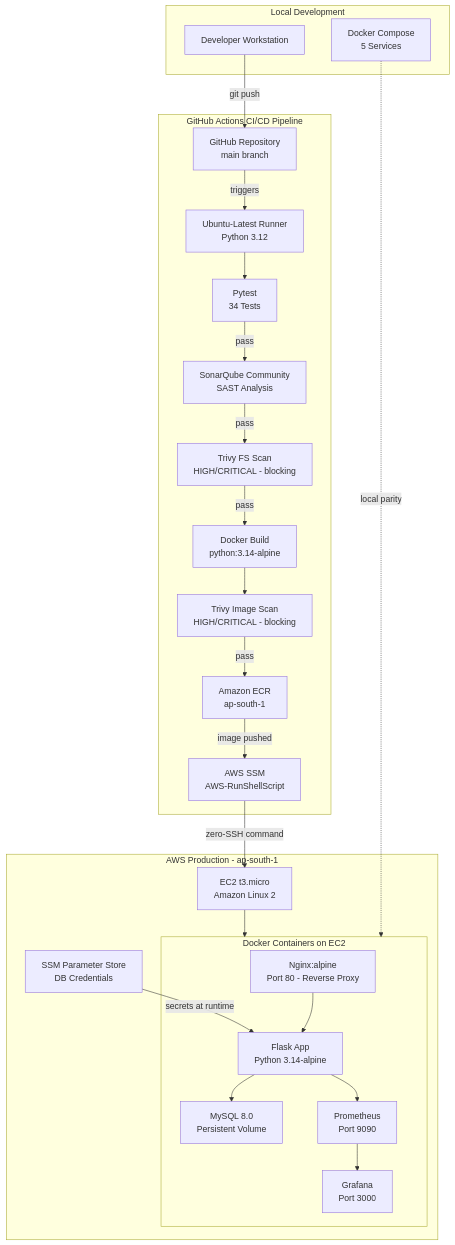
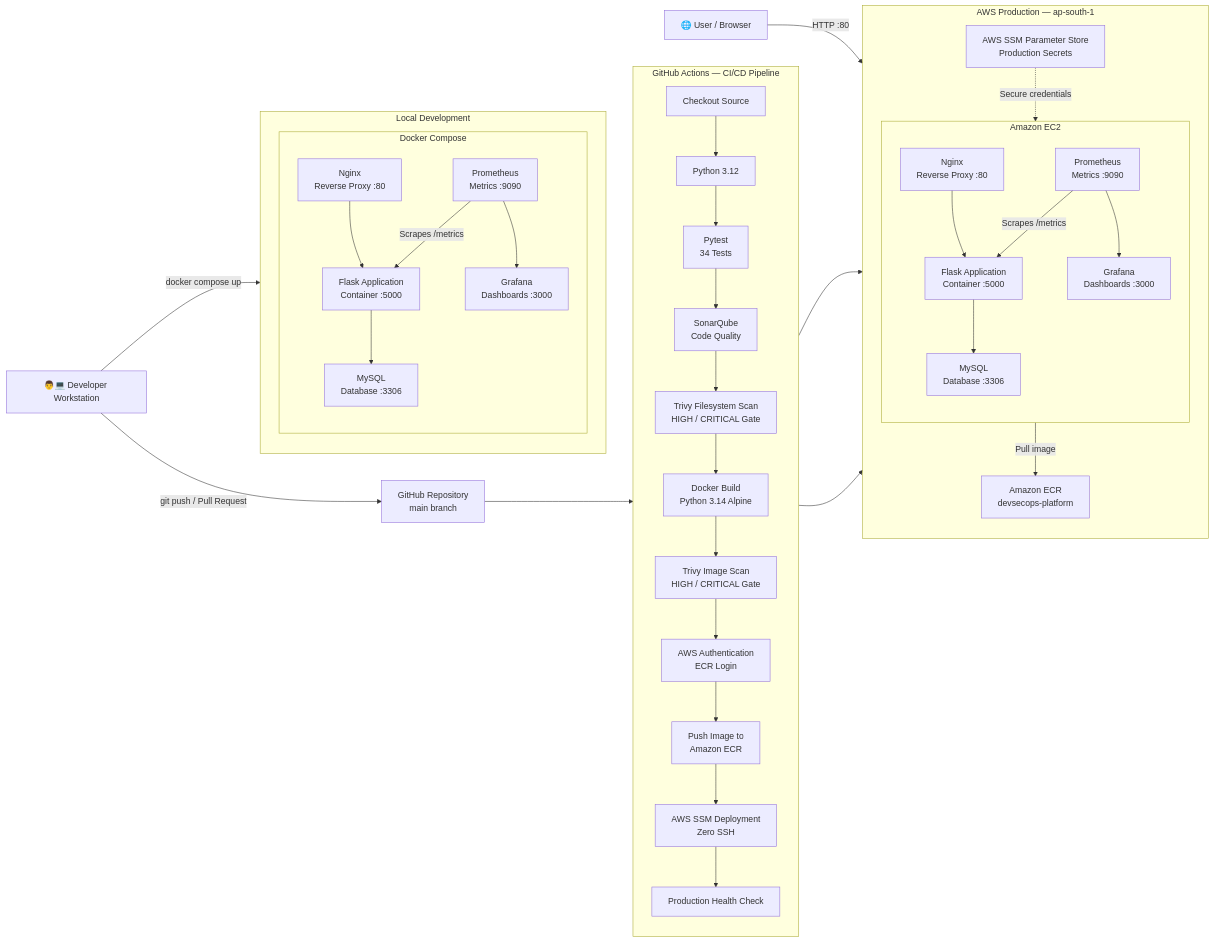
One commit to mohdshahid7033/cloud-devsecops-platform changed the first of 2 diagrams in README.md. Above: the diagram before and after it, drawn with Mermaid. The commit also changed 1 other file, not shown here.

Commit message:
Improve architecture documentation and gitignore

````diff
--- a/README.md
+++ b/README.md
@@ -55,49 +55,89 @@
 ```mermaid
-graph TB
-    subgraph DEV["Local Development"]
-        CODE[Developer Workstation]
-        DC[Docker Compose<br/>5 Services]
+flowchart LR
+
+    DEV["👨💻 Developer Workstation"]
+
+    subgraph LOCAL["Local Development"]
+        direction TB
+
+        subgraph DC["Docker Compose"]
+            direction TB
+
+            L_NGINX["Nginx<br/>Reverse Proxy :80"]
+            L_APP["Flask Application<br/>Container :5000"]
+            L_MYSQL["MySQL<br/>Database :3306"]
+            L_PROM["Prometheus<br/>Metrics :9090"]
+            L_GRAFANA["Grafana<br/>Dashboards :3000"]
+
+            L_NGINX --> L_APP
+            L_APP --> L_MYSQL
+            L_PROM -->|Scrapes /metrics| L_APP
+            L_PROM --> L_GRAFANA
+        end
     end
 
-    subgraph CICD["GitHub Actions CI/CD Pipeline"]
-        GH[GitHub Repository<br/>main branch]
-        RUNNER[Ubuntu-Latest Runner<br/>Python 3.12]
-        PYTEST[Pytest<br/>34 Tests]
-        SONAR[SonarQube Community<br/>SAST Analysis]
-        TRIVY_FS[Trivy FS Scan<br/>HIGH/CRITICAL - blocking]
-        DOCKER_BUILD[Docker Build<br/>python:3.14-alpine]
-        TRIVY_IMG[Trivy Image Scan<br/>HIGH/CRITICAL - blocking]
-        ECR[Amazon ECR<br/>ap-south-1]
-        SSM_DEPLOY[AWS SSM<br/>AWS-RunShellScript]
+    DEV -->|docker compose up| DC
+    DEV -->|git push / Pull Request| GH["GitHub Repository<br/>main branch"]
+
+    subgraph CI["GitHub Actions — CI/CD Pipeline"]
+        direction TB
+
+        CHECKOUT["Checkout Source"]
+        PYTHON["Python 3.12"]
+        TEST["Pytest<br/>34 Tests"]
+        SONAR["SonarQube<br/>Code Quality"]
+        TRIVY_FS["Trivy Filesystem Scan<br/>HIGH / CRITICAL Gate"]
+        BUILD["Docker Build<br/>Python 3.14 Alpine"]
+        TRIVY_IMG["Trivy Image Scan<br/>HIGH / CRITICAL Gate"]
+        ECR_LOGIN["AWS Authentication<br/>ECR Login"]
+        PUSH["Push Image to<br/>Amazon ECR"]
+        SSM["AWS SSM Deployment<br/>Zero SSH"]
+        HEALTH["Production Health Check"]
+
+        CHECKOUT --> PYTHON
+        PYTHON --> TEST
+        TEST --> SONAR
+        SONAR --> TRIVY_FS
+        TRIVY_FS --> BUILD
+        BUILD --> TRIVY_IMG
+        TRIVY_IMG --> ECR_LOGIN
+        ECR_LOGIN --> PUSH
+        PUSH --> SSM
+        SSM --> HEALTH
     end
 
-    subgraph AWS["AWS Production - ap-south-1"]
-        EC2[EC2 t3.micro<br/>Amazon Linux 2]
-        subgraph CONTAINERS["Docker Containers on EC2"]
-            NGINX[Nginx:alpine<br/>Port 80 - Reverse Proxy]
-            APP[Flask App<br/>Python 3.14-alpine]
-            MYSQL[MySQL 8.0<br/>Persistent Volume]
-            PROM[Prometheus<br/>Port 9090]
-            GRAFANA[Grafana<br/>Port 3000]
+    GH --> CHECKOUT
+
+    subgraph AWS["AWS Production — ap-south-1"]
+        direction TB
+
+        ECR["Amazon ECR<br/>devsecops-platform"]
+
+        subgraph EC2["Amazon EC2"]
+            direction TB
+
+            NGINX["Nginx<br/>Reverse Proxy :80"]
+            APP["Flask Application<br/>Container :5000"]
+            MYSQL["MySQL<br/>Database :3306"]
+            PROM["Prometheus<br/>Metrics :9090"]
+            GRAFANA["Grafana<br/>Dashboards :3000"]
+
+            NGINX --> APP
+            APP --> MYSQL
+            PROM -->|Scrapes /metrics| APP
+            PROM --> GRAFANA
         end
-        PARAM[SSM Parameter Store<br/>DB Credentials]
+
+        SSM_STORE["AWS SSM Parameter Store<br/>Production Secrets"]
     end
 
-    CODE -->|git push| GH
-    GH -->|triggers| RUNNER
-    RUNNER --> PYTEST
-    PYTEST -->|pass| SONAR
-    SONAR -->|pass| TRIVY_FS
-    TRIVY_FS -->|pass| DOCKER_BUILD
-    DOCKER_BUILD --> TRIVY_IMG
-    TRIVY_IMG -->|pass| ECR
-    ECR -->|image pushed| SSM_DEPLOY
-    SSM_DEPLOY -->|zero-SSH command| EC2
-    EC2 --> CONTAINERS
-    PARAM -->|secrets at runtime| APP
-    NGINX --> APP
-    APP --> MYSQL
-    APP --> PROM
-    PROM --> GRAFANA
-    DC -.->|local parity| CONTAINERS
+    PUSH --> ECR
+    EC2 -->|Pull image| ECR
+    SSM --> EC2
+
+    SSM_STORE -.->|Secure credentials| APP
+
+    USER["🌐 User / Browser"]
+
+    USER -->|HTTP :80| NGINX
 ```
````
